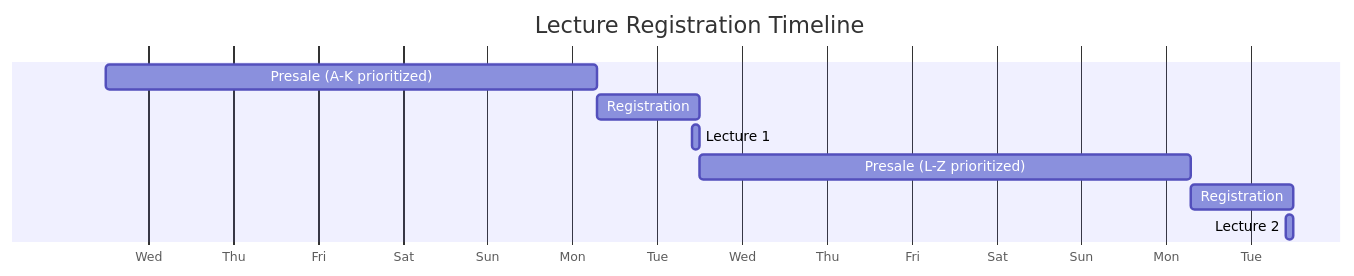
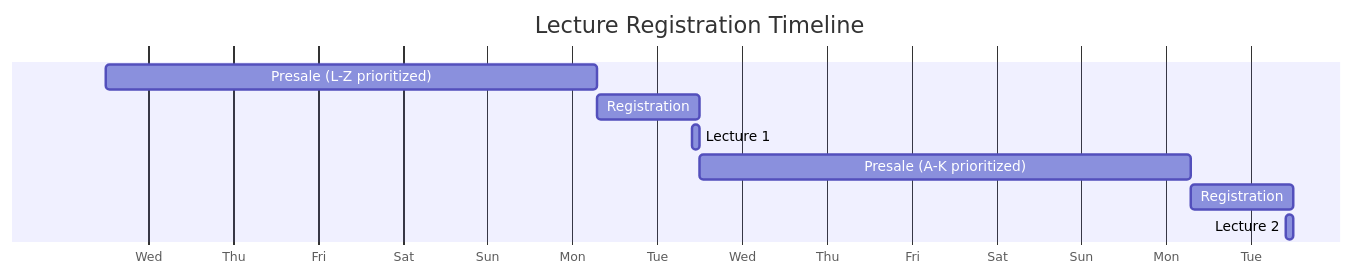
The diagram in README.md (noahzarro/netsec), drawn with Mermaid before and after one commit. The commit also changed other lines of this file, not shown here.

Commit message:
swapped odd and even name based prioritization for lecture tickets

````diff
--- a/README.md
+++ b/README.md
@@ -46,13 +46,13 @@
 ```mermaid
 gantt
 dateFormat  YYYY-MM-DD:HH
 axisFormat  %a
 title Lecture Registration Timeline
 
-Presale (A-K prioritized)  :         des1, 2020-09-08:12,2020-09-14:07
+Presale (L-Z prioritized)  :         des1, 2020-09-08:12,2020-09-14:07
 Registration               :         des2, 2020-09-14:07,2020-09-15:12
 Lecture 1                  :         des3, 2020-09-15:10,2020-09-15:12
-Presale (L-Z prioritized)  :         des1, 2020-09-15:12,2020-09-21:07
+Presale (A-K prioritized)  :         des1, 2020-09-15:12,2020-09-21:07
 Registration               :         des2, 2020-09-21:07,2020-09-22:12
 Lecture 2                  :         des3, 2020-09-22:10,2020-09-22:12
 ```
````
